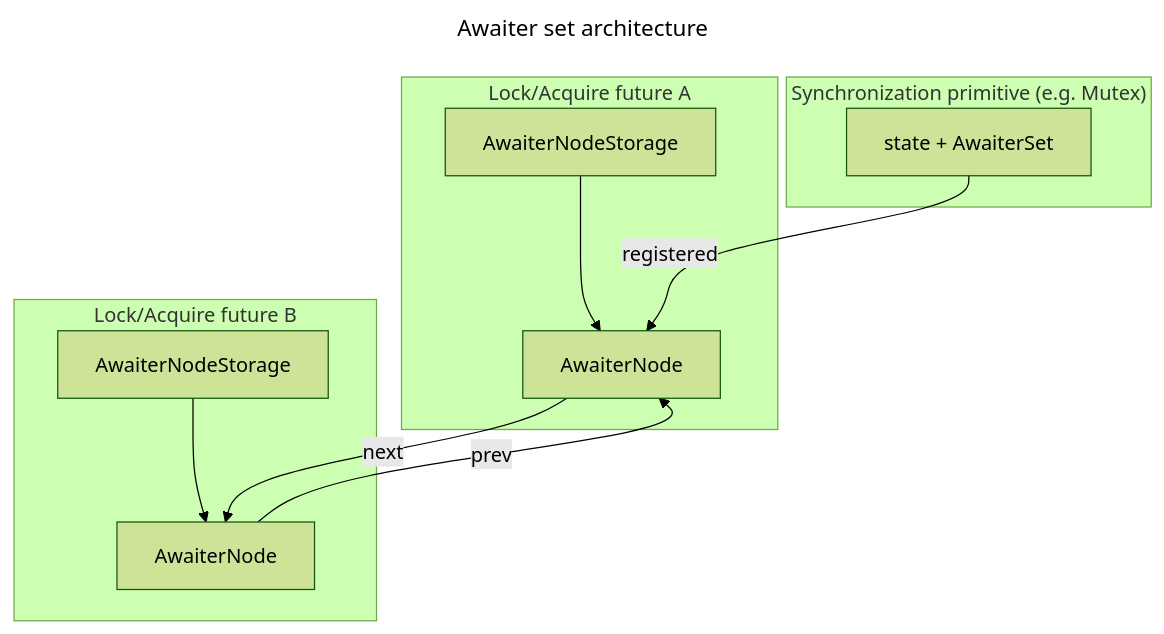
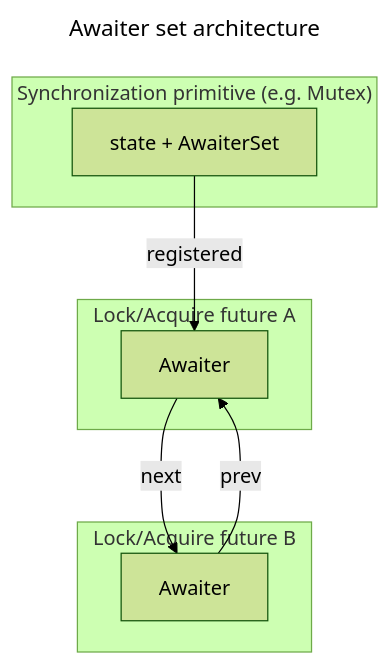
One commit to folo-rs/folo changed the diagram in packages/awaiter_set/docs/diagrams/list_structure.mermaid. Above: the diagram before and after it, drawn with Mermaid (forest theme). The commit also changed 14 other files, not shown here.

First line of the commit message:
refactor(awaiter_set): merge AwaiterNode into Awaiter

```diff
--- a/packages/awaiter_set/docs/diagrams/list_structure.mermaid
+++ b/packages/awaiter_set/docs/diagrams/list_structure.mermaid
@@ -1,23 +1,19 @@
 ---
 title: Awaiter set architecture
 ---
 graph TB
     subgraph Primitive["Synchronization primitive (e.g. Mutex)"]
         STATE["state + AwaiterSet"]
     end
 
     subgraph FutureA["Lock/Acquire future A"]
-        STORAGE_A["AwaiterNodeStorage"]
-        NODE_A["AwaiterNode"]
-        STORAGE_A --> NODE_A
+        AWAITER_A["Awaiter"]
     end
 
     subgraph FutureB["Lock/Acquire future B"]
-        STORAGE_B["AwaiterNodeStorage"]
-        NODE_B["AwaiterNode"]
-        STORAGE_B --> NODE_B
+        AWAITER_B["Awaiter"]
     end
 
-    STATE -- "registered" --> NODE_A
-    NODE_A -- "next" --> NODE_B
-    NODE_B -- "prev" --> NODE_A
+    STATE -- "registered" --> AWAITER_A
+    AWAITER_A -- "next" --> AWAITER_B
+    AWAITER_B -- "prev" --> AWAITER_A
```
